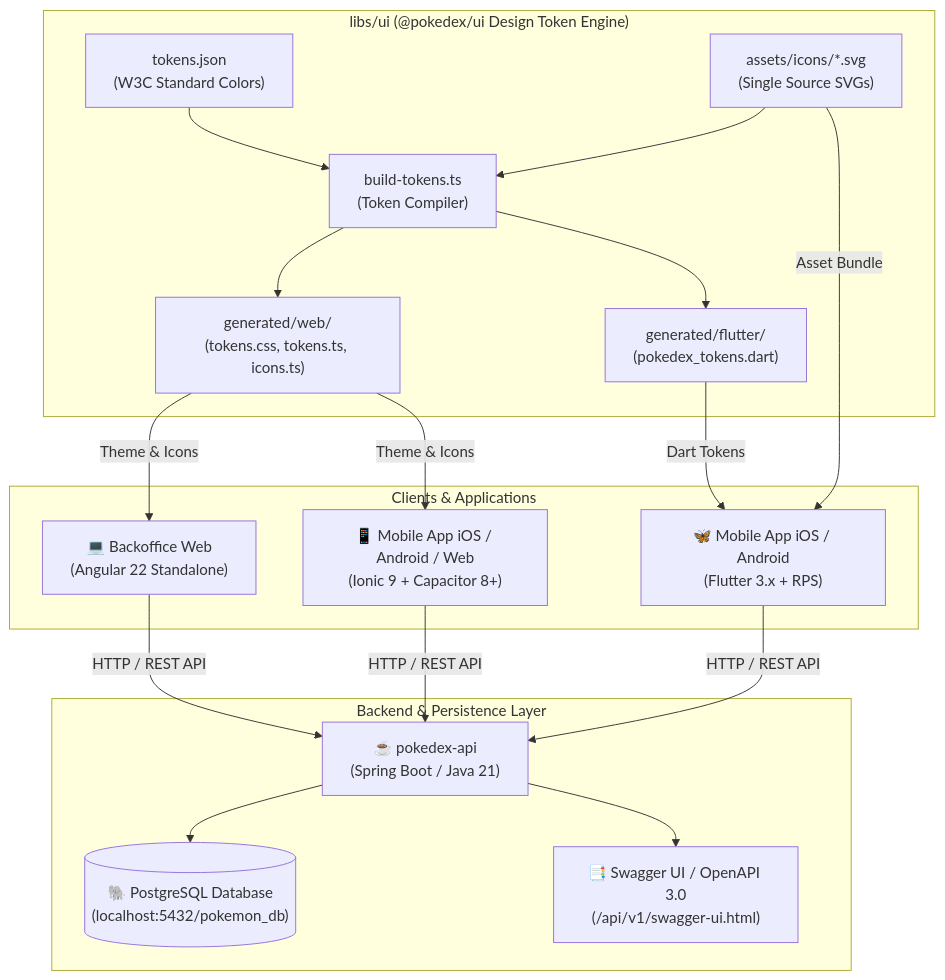
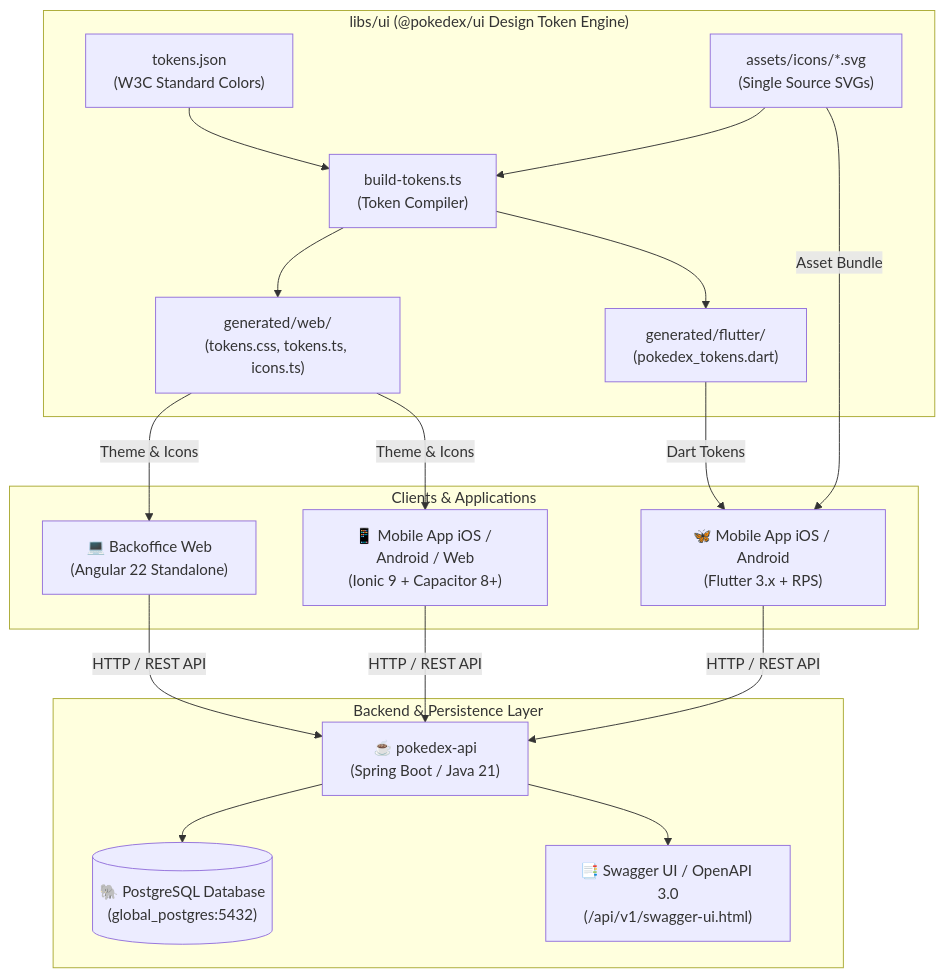
Before and after one commit to DiegoVilla27/pokedex-system: the diagram in README.md, drawn with Mermaid. The commit also changed other lines of this file and 11 other files, not shown here.

````diff
--- a/README.md
+++ b/README.md
@@ -35,37 +36,37 @@
 ```mermaid
 graph TD
     subgraph Clients [Clients & Applications]
         Backoffice["💻 Backoffice Web<br/>(Angular 22 Standalone)"]
         IonicApp["📱 Mobile App iOS / Android / Web<br/>(Ionic 9 + Capacitor 8+)"]
         FlutterApp["🦋 Mobile App iOS / Android<br/>(Flutter 3.x + RPS)"]
     end
 
     subgraph DesignCore ["libs/ui (@pokedex/ui Design Token Engine)"]
         TokensSource["tokens.json<br/>(W3C Standard Colors)"]
         IconsSource["assets/icons/*.svg<br/>(Single Source SVGs)"]
         BuildScript["build-tokens.ts<br/>(Token Compiler)"]
         
         TokensSource --> BuildScript
         IconsSource --> BuildScript
         BuildScript --> GeneratedWeb["generated/web/<br/>(tokens.css, tokens.ts, icons.ts)"]
         BuildScript --> GeneratedFlutter["generated/flutter/<br/>(pokedex_tokens.dart)"]
     end
 
     subgraph BackendServices [Backend & Persistence Layer]
         API["☕ pokedex-api<br/>(Spring Boot / Java 21)"]
-        Postgres[("🐘 PostgreSQL Database<br/>(localhost:5432/pokemon_db)")]
+        Postgres[("🐘 PostgreSQL Database<br/>(global_postgres:5432)")]
         Swagger["📑 Swagger UI / OpenAPI 3.0<br/>(/api/v1/swagger-ui.html)"]
         
         API --> Postgres
         API --> Swagger
     end
 
     GeneratedWeb -->|Theme & Icons| Backoffice
     GeneratedWeb -->|Theme & Icons| IonicApp
     GeneratedFlutter -->|Dart Tokens| FlutterApp
     IconsSource -->|Asset Bundle| FlutterApp
 
     Backoffice -->|HTTP / REST API| API
     IonicApp -->|HTTP / REST API| API
     FlutterApp -->|HTTP / REST API| API
 ```
````
